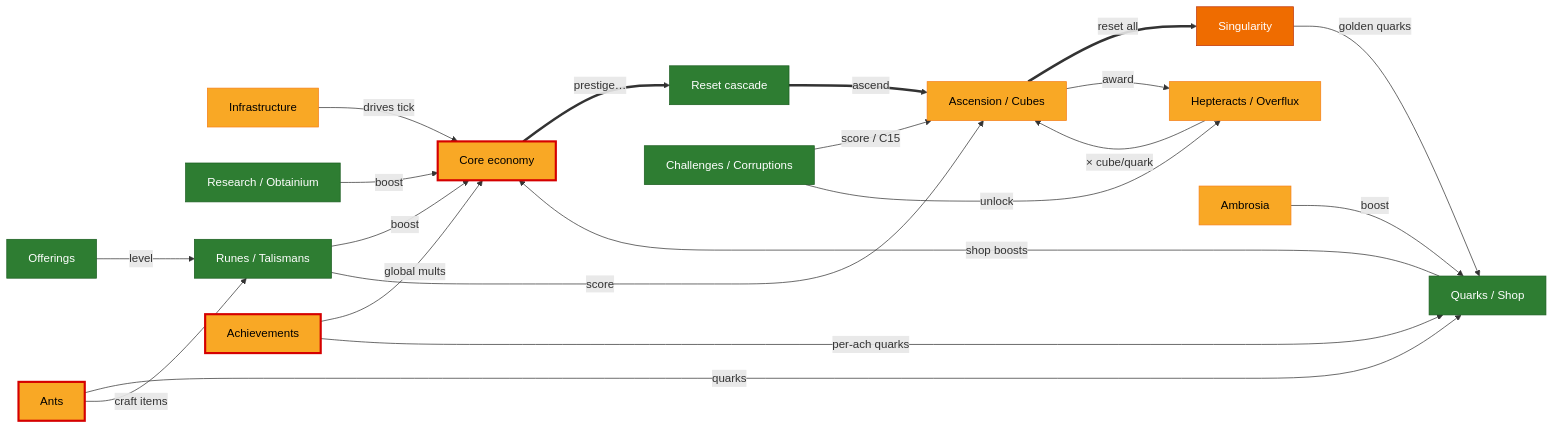
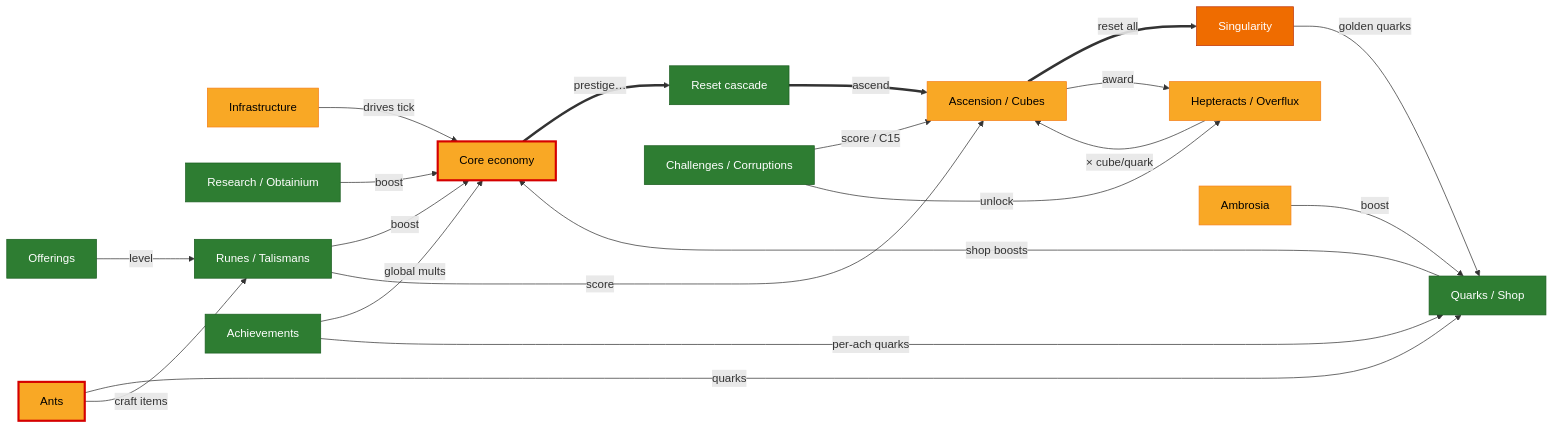
Before and after one commit to MaddisonM79/synergism_forkd: the diagram in docs/systems/README.md, drawn with Mermaid. The commit also changed other lines of this file, not shown here.

First line of the commit message:
docs(systems): update README index — H5 fixed, achievements ported (PR #269)

````diff
--- a/docs/systems/README.md
+++ b/docs/systems/README.md
@@ -44,42 +46,42 @@
 ```mermaid
 flowchart LR
   classDef ported fill:#2e7d32,color:#fff,stroke:#1b5e20;
   classDef partial fill:#f9a825,color:#000,stroke:#f57f17;
   classDef stub fill:#ef6c00,color:#fff,stroke:#bf360c;
   classDef bug fill:#f9a825,color:#000,stroke:#d50000,stroke-width:3px;
 
   infra["Infrastructure"]:::partial
   coreEcon["Core economy"]:::bug
   resets["Reset cascade"]:::ported
   research["Research / Obtainium"]:::ported
   offerings["Offerings"]:::ported
   runes["Runes / Talismans"]:::ported
   ants["Ants"]:::bug
   challenges["Challenges / Corruptions"]:::ported
   ascension["Ascension / Cubes"]:::partial
   hepteracts["Hepteracts / Overflux"]:::partial
   singularity["Singularity"]:::stub
   ambrosia["Ambrosia"]:::partial
   meta["Quarks / Shop"]:::ported
-  achievements["Achievements"]:::bug
+  achievements["Achievements"]:::ported
 
   coreEcon ==>|"prestige…"| resets
   resets ==>|"ascend"| ascension
   ascension ==>|"reset all"| singularity
   infra -->|"drives tick"| coreEcon
   research -->|"boost"| coreEcon
   offerings -->|"level"| runes
   runes -->|"boost"| coreEcon
   runes -->|"score"| ascension
   ants -->|"quarks"| meta
   ants -->|"craft items"| runes
   challenges -->|"score / C15"| ascension
   challenges -->|"unlock"| hepteracts
   ascension -->|"award"| hepteracts
   hepteracts -->|"× cube/quark"| ascension
   singularity -->|"golden quarks"| meta
   ambrosia -->|"boost"| meta
   meta -->|"shop boosts"| coreEcon
   achievements -->|"global mults"| coreEcon
   achievements -->|"per-ach quarks"| meta
 ```
````
